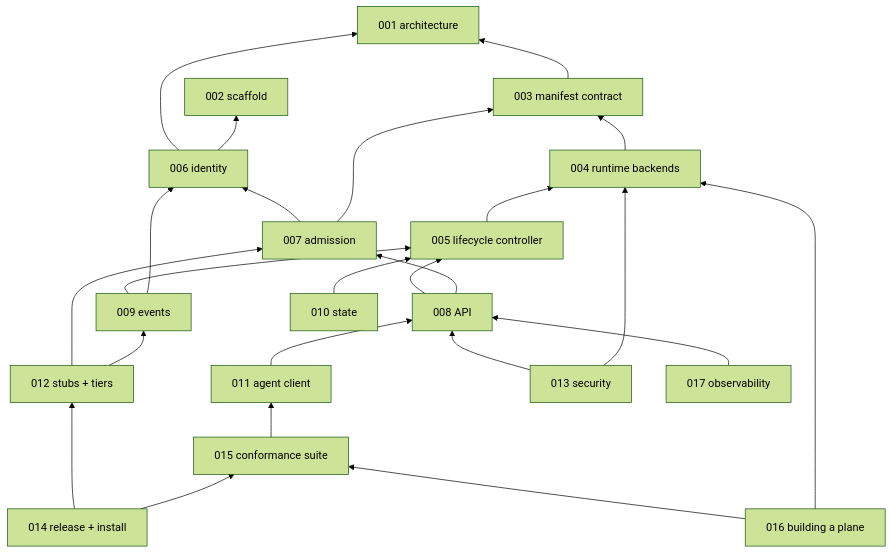
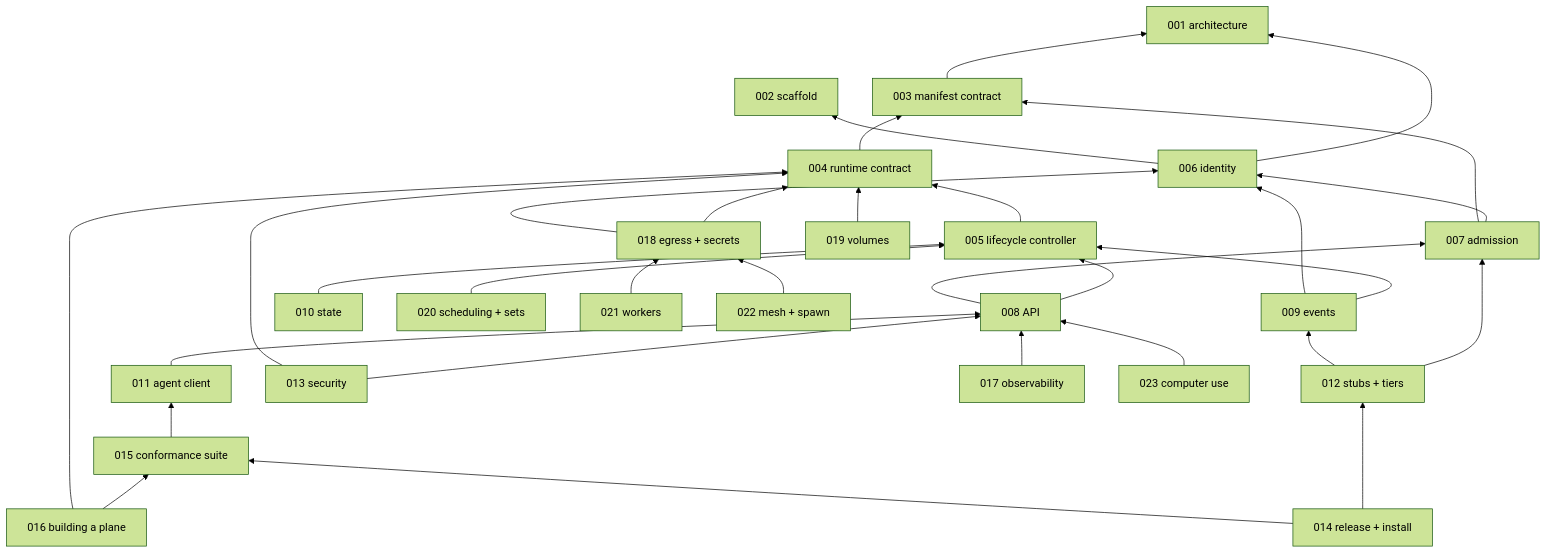
One commit to latere-ai/cella changed the second of 2 diagrams in specs/README.md. Above: the diagram before and after it, drawn with Mermaid (forest theme). The commit also changed other lines of this file and 19 other files, not shown here.

Commit message:
specs: revise the deck after review: two planes, cella.latere.ai/v1, secrets and egress, volumes, scheduling and sets, workers, mesh and spawn, computer use

````diff
--- a/specs/README.md
+++ b/specs/README.md
@@ -74,43 +81,56 @@
 ```mermaid
 flowchart BT
   S001[001 architecture]
   S002[002 scaffold]
   S003[003 manifest contract]
-  S004[004 runtime backends]
+  S004[004 runtime contract]
   S005[005 lifecycle controller]
   S006[006 identity]
   S007[007 admission]
   S008[008 API]
   S009[009 events]
   S010[010 state]
   S011[011 agent client]
   S012[012 stubs + tiers]
   S013[013 security]
   S014[014 release + install]
   S015[015 conformance suite]
   S016[016 building a plane]
   S017[017 observability]
+  S018[018 egress + secrets]
+  S019[019 volumes]
+  S020[020 scheduling + sets]
+  S021[021 workers]
+  S022[022 mesh + spawn]
+  S023[023 computer use]
   S003 --> S001
   S004 --> S003
   S005 --> S004
   S006 --> S001
   S006 --> S002
   S007 --> S006
   S007 --> S003
   S008 --> S005
   S008 --> S007
   S009 --> S005
   S009 --> S006
   S010 --> S005
   S011 --> S008
   S012 --> S007
   S012 --> S009
   S013 --> S008
   S013 --> S004
   S014 --> S012
   S014 --> S015
   S015 --> S011
   S016 --> S015
   S016 --> S004
   S017 --> S008
+  S018 --> S004
+  S018 --> S006
+  S019 --> S004
+  S020 --> S005
+  S021 --> S018
+  S022 --> S018
+  S023 --> S008
 ```
````
